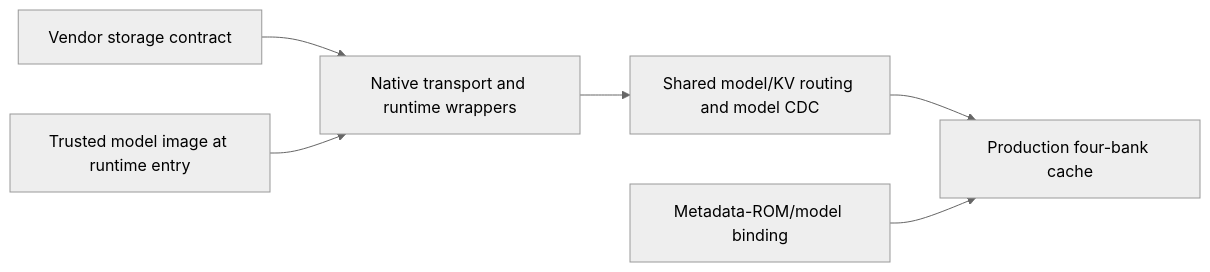
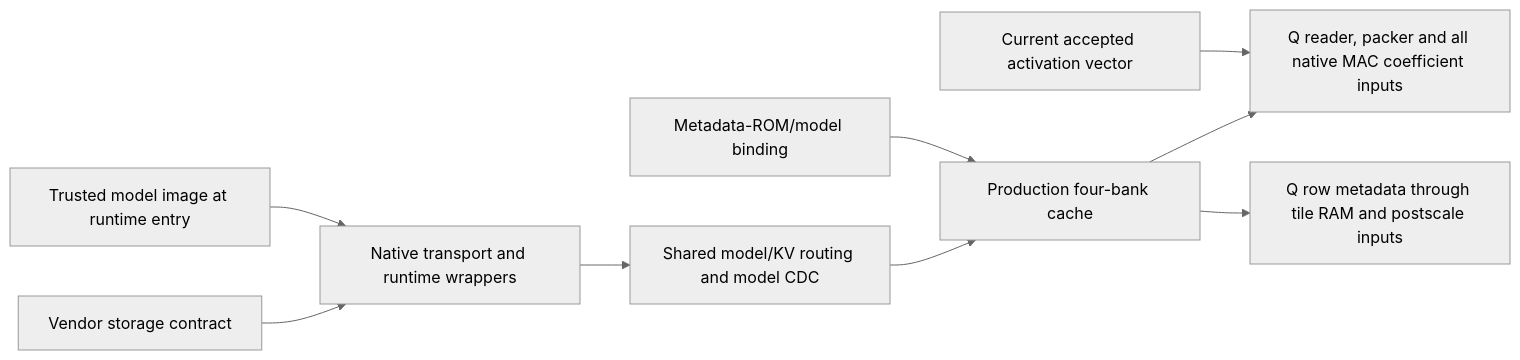
One commit to Berkeley-AI-Risk/inference-only changed the first of 2 diagrams in demos/simplestories-v2-5m/FORMAL-STATUS.md. Above: the diagram before and after it, drawn with Mermaid (neutral theme). The commit also changed other lines of this file and 18 other files, not shown here.

First line of the commit message:
Prove baseline Q operand provenance through the native consumer

````diff
--- a/demos/simplestories-v2-5m/FORMAL-STATUS.md
+++ b/demos/simplestories-v2-5m/FORMAL-STATUS.md
@@ -77,8 +78,11 @@
 ```mermaid
 flowchart LR
   V[Vendor storage contract] --> T[Native transport and runtime wrappers]
   I[Trusted model image at runtime entry] --> T
   T --> S[Shared model/KV routing and model CDC]
   S --> C[Production four-bank cache]
   M[Metadata-ROM/model binding] --> C
+  C --> Q[Q reader, packer and all native MAC coefficient inputs]
+  A[Current accepted activation vector] --> Q
+  C --> R[Q row metadata through tile RAM and postscale inputs]
 ```
````
